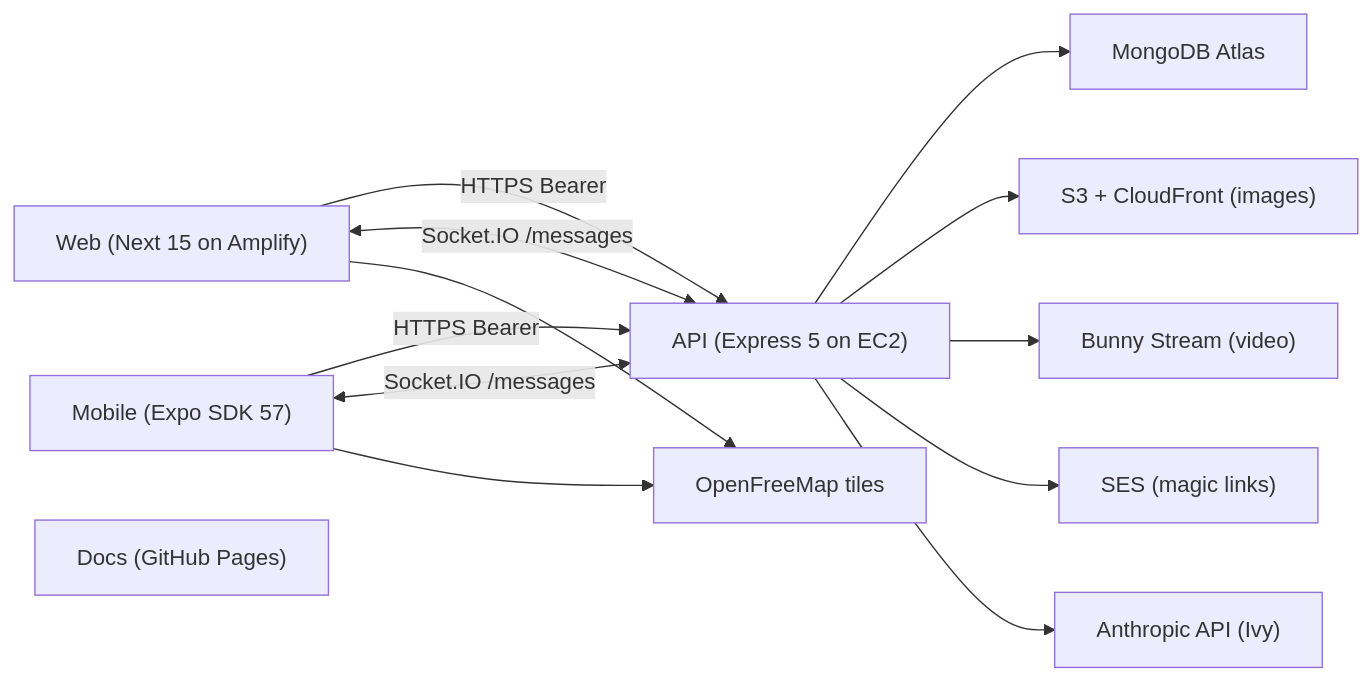
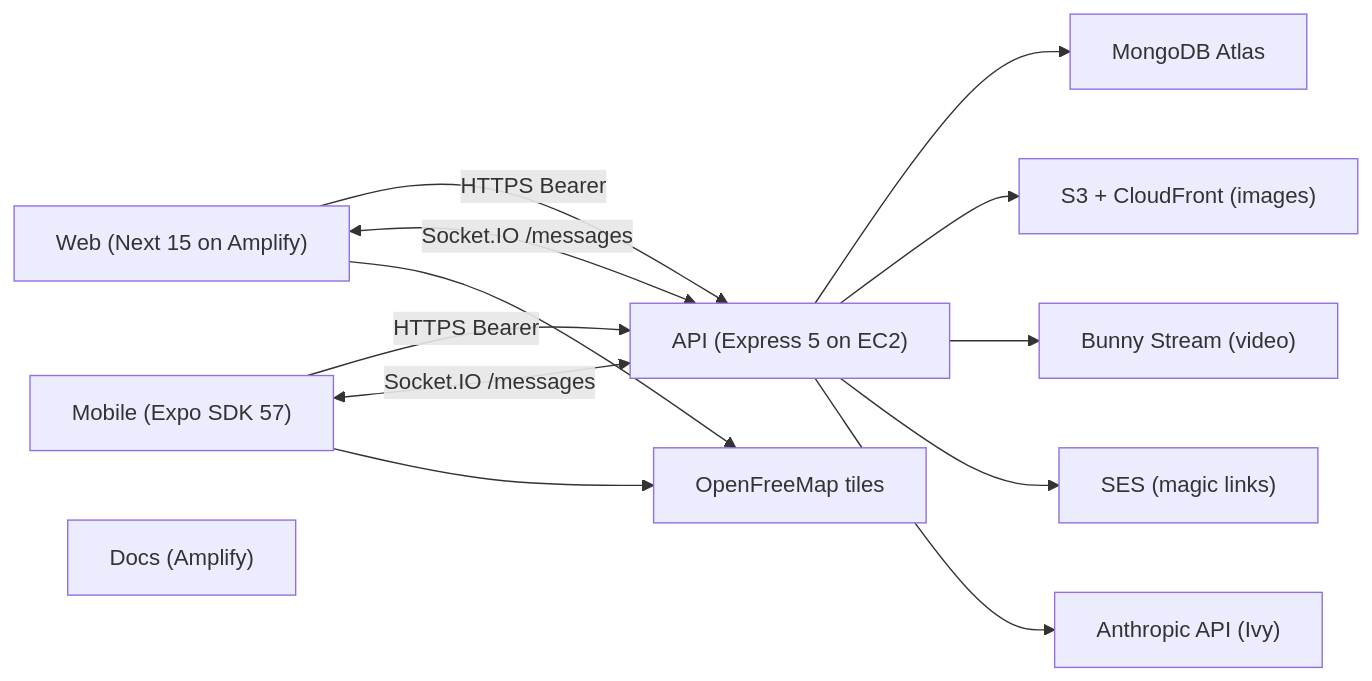
The diagram in docs/architecture/overview.md (wbaxterh/vegan-grove-docs), drawn with Mermaid before and after one commit. The commit also changed other lines of this file and 10 other files, not shown here.

First line of the commit message:
chore(deploy): move docs hosting from GitHub Pages to Amplify

````diff
--- a/docs/architecture/overview.md
+++ b/docs/architecture/overview.md
@@ -13,15 +13,15 @@
 ```mermaid
 flowchart LR
   Web["Web (Next 15 on Amplify)"] -->|HTTPS Bearer| API["API (Express 5 on EC2)"]
   Mobile["Mobile (Expo SDK 57)"] -->|HTTPS Bearer| API
   Web <-->|Socket.IO /messages| API
   Mobile <-->|Socket.IO /messages| API
   API --> Mongo["MongoDB Atlas"]
   API --> S3["S3 + CloudFront (images)"]
   API --> Bunny["Bunny Stream (video)"]
   API --> SES["SES (magic links)"]
   API --> Claude["Anthropic API (Ivy)"]
   Web --> Tiles["OpenFreeMap tiles"]
   Mobile --> Tiles
-  Docs["Docs (GitHub Pages)"]
+  Docs["Docs (Amplify)"]
 ```
````
